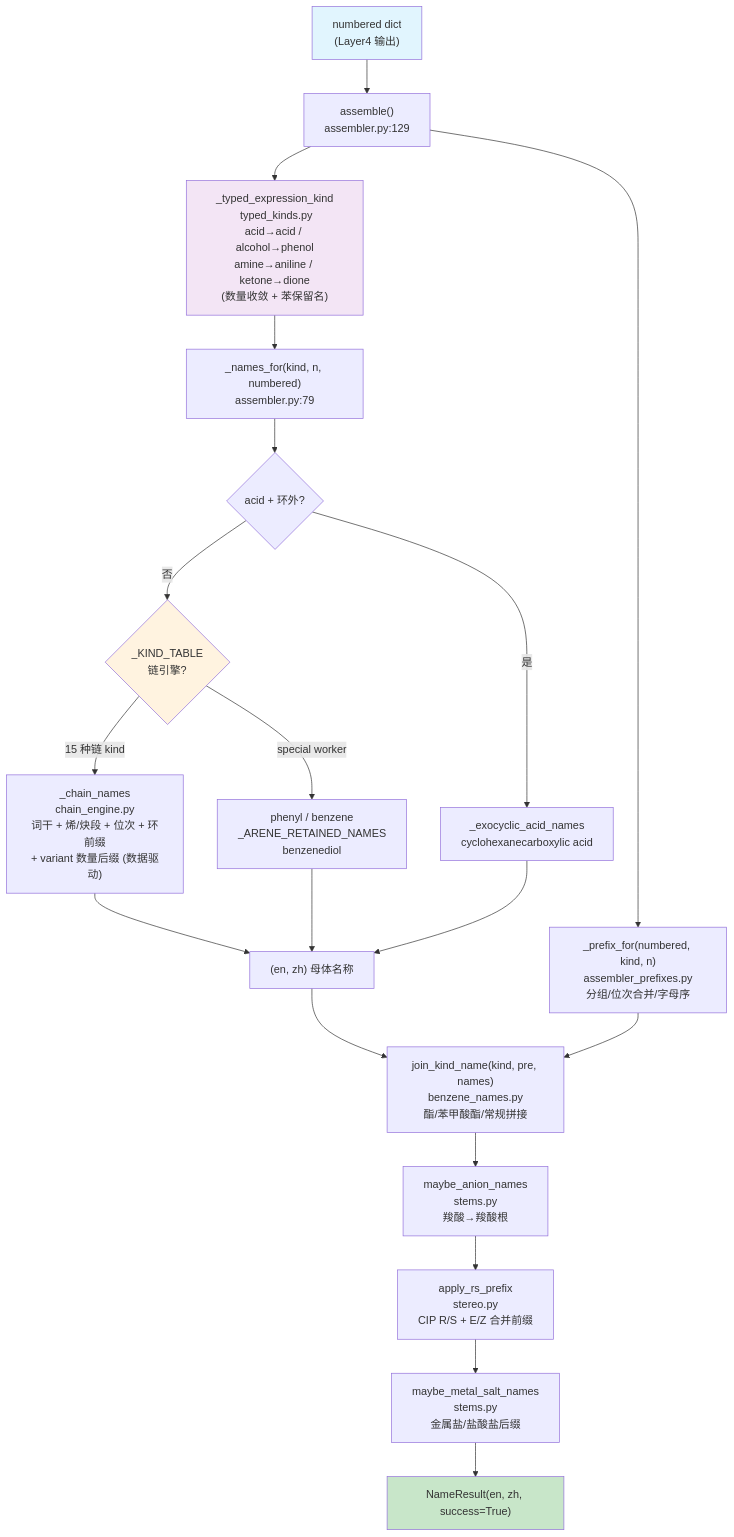
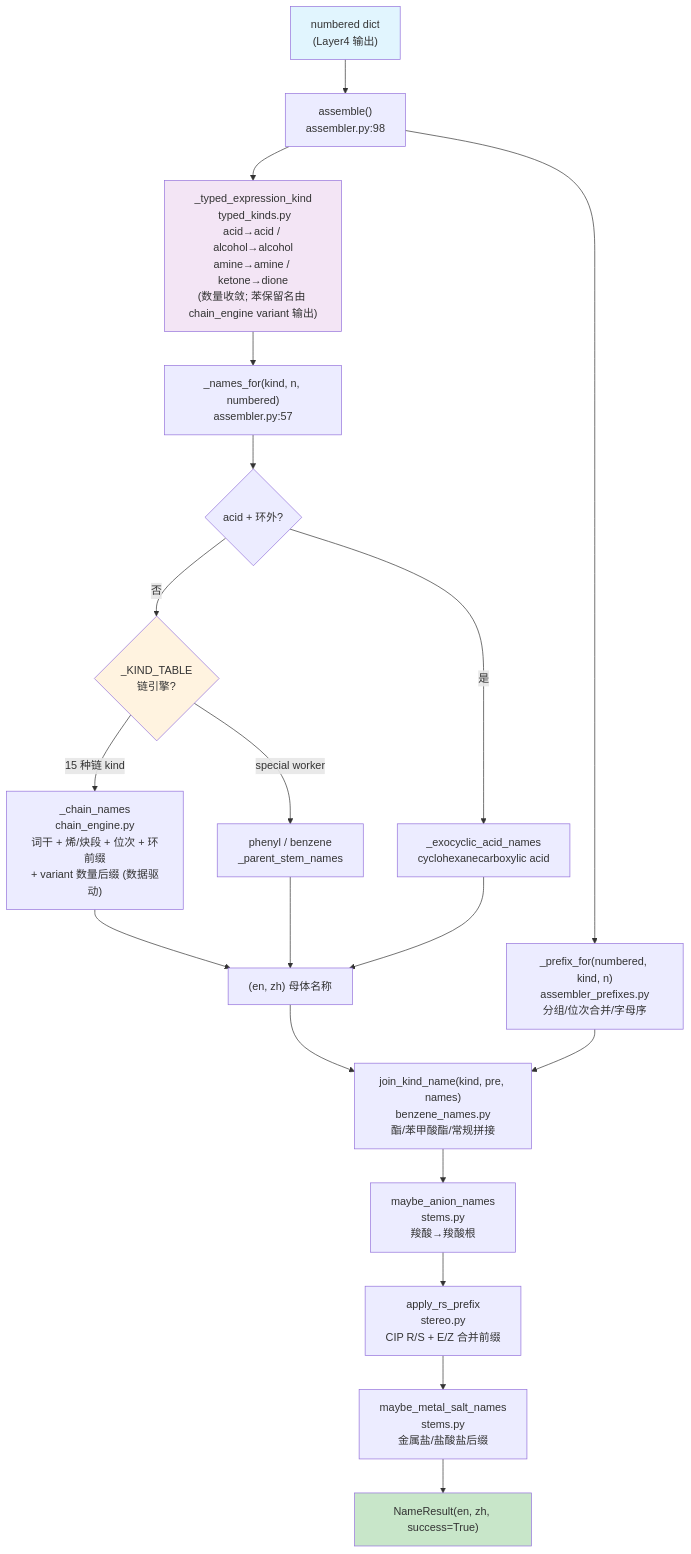
The diagram in docs/wiki/architecture/layer5-name-assembly.md (zouxiaofei1/OpenSMILES), drawn with Mermaid before and after one commit. The commit also changed other lines of this file and 8 other files, not shown here.

````diff
--- a/docs/wiki/architecture/layer5-name-assembly.md
+++ b/docs/wiki/architecture/layer5-name-assembly.md
@@ -219,33 +219,33 @@
 ```mermaid
 flowchart TD
-    NUMBERED["numbered dict\n(Layer4 输出)"] --> ASSEMBLE["assemble()\nassembler.py:129"]
+    NUMBERED["numbered dict\n(Layer4 输出)"] --> ASSEMBLE["assemble()\nassembler.py:98"]
 
-    ASSEMBLE --> TYPED["_typed_expression_kind\n typed_kinds.py\nacid→acid / alcohol→phenol\namine→aniline / ketone→dione\n(数量收敛 + 苯保留名)"]
+    ASSEMBLE --> TYPED["_typed_expression_kind\n typed_kinds.py\nacid→acid / alcohol→alcohol\namine→amine / ketone→dione\n(数量收敛; 苯保留名由 chain_engine variant 输出)"]
 
-    TYPED --> NAMES_FOR["_names_for(kind, n, numbered)\nassembler.py:79"]
+    TYPED --> NAMES_FOR["_names_for(kind, n, numbered)\nassembler.py:57"]
 
     NAMES_FOR --> EXO{"acid + 环外?"}
     EXO -->|"是"| EXONAME["_exocyclic_acid_names\ncyclohexanecarboxylic acid"]
     EXO -->|"否"| CHAIN{"_KIND_TABLE\n链引擎?"}
     CHAIN -->|"15 种链 kind"| ENG["_chain_names\nchain_engine.py\n词干 + 烯/炔段 + 位次 + 环前缀\n+ variant 数量后缀 (数据驱动)"]
-    CHAIN -->|"special worker"| WORKER["phenyl / benzene\n_ARENE_RETAINED_NAMES\nbenzenediol"]
+    CHAIN -->|"special worker"| WORKER["phenyl / benzene\n_parent_stem_names"]
 
     ENG --> PARENT_NAME["(en, zh) 母体名称"]
     WORKER --> PARENT_NAME
     EXONAME --> PARENT_NAME
 
     ASSEMBLE --> PREFIX["_prefix_for(numbered, kind, n)\nassembler_prefixes.py\n分组/位次合并/字母序"]
 
     PARENT_NAME --> JOIN["join_kind_name(kind, pre, names)\nbenzene_names.py\n酯/苯甲酸酯/常规拼接"]
     PREFIX --> JOIN
 
     JOIN --> ANION["maybe_anion_names\nstems.py\n羧酸→羧酸根"]
     ANION --> RS["apply_rs_prefix\nstereo.py\nCIP R/S + E/Z 合并前缀"]
     RS --> SALT["maybe_metal_salt_names\nstems.py\n金属盐/盐酸盐后缀"]
     SALT --> RESULT["NameResult(en, zh, success=True)"]
 
     style NUMBERED fill:#e1f5fe
     style RESULT fill:#c8e6c9
     style CHAIN fill:#fff3e0
     style TYPED fill:#f3e5f5
 ```
````
